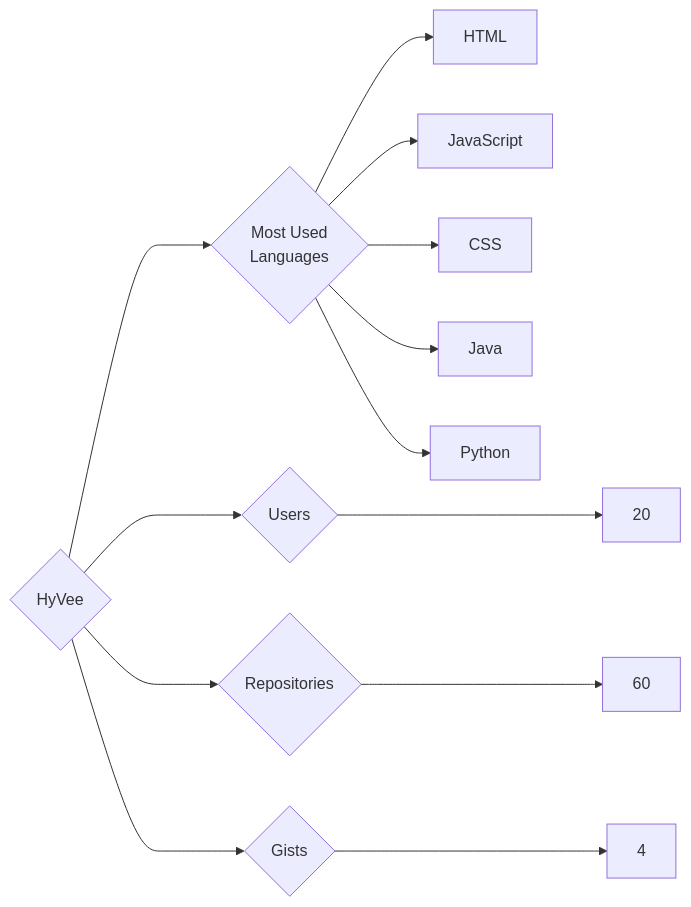
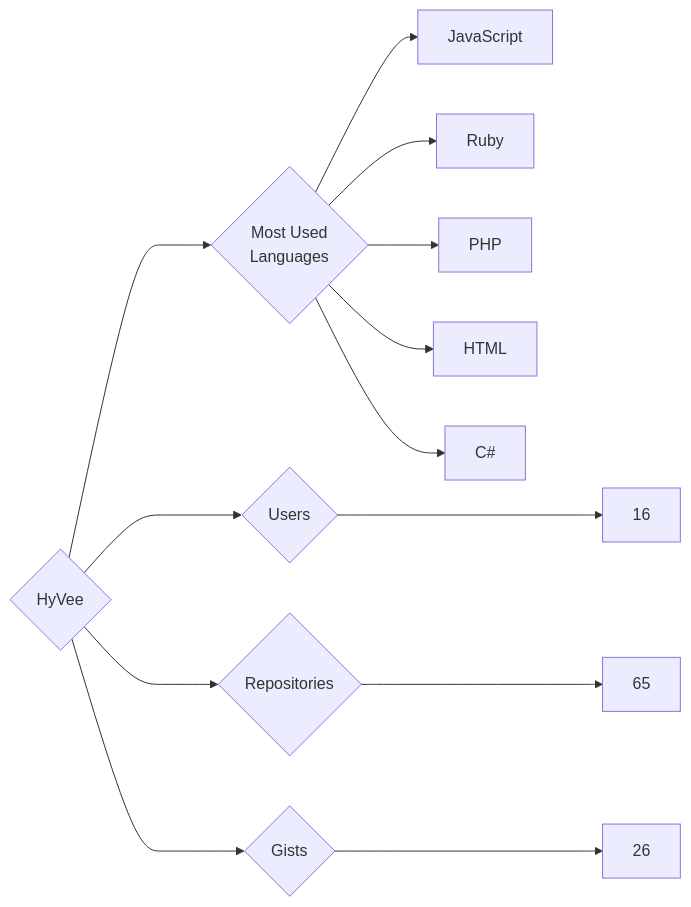
The diagram in targets/HyVee/README.md (trickest/insiders), drawn with Mermaid before and after one commit. The commit also changed 965 other files, not shown here.

````diff
--- a/targets/HyVee/README.md
+++ b/targets/HyVee/README.md
@@ -3,13 +3,13 @@
 ```mermaid
 graph LR
 COMPANY_NAME{HyVee}
-COMPANY_NAME ---> U{Users} ---> UN[20]
-COMPANY_NAME ---> R{Repositories} ---> RN[60]
-COMPANY_NAME ---> G{Gists} ---> GN[4]
+COMPANY_NAME ---> U{Users} ---> UN[16]
+COMPANY_NAME ---> R{Repositories} ---> RN[65]
+COMPANY_NAME ---> G{Gists} ---> GN[26]
 COMPANY_NAME ---> ML{Most Used<br>Languages}
+ML --> JavaScript[JavaScript]
+ML --> Ruby[Ruby]
+ML --> PHP[PHP]
 ML --> HTML[HTML]
-ML --> JavaScript[JavaScript]
-ML --> CSS[CSS]
-ML --> Java[Java]
-ML --> Python[Python]
+ML --> C#[C#]
 ```
````
